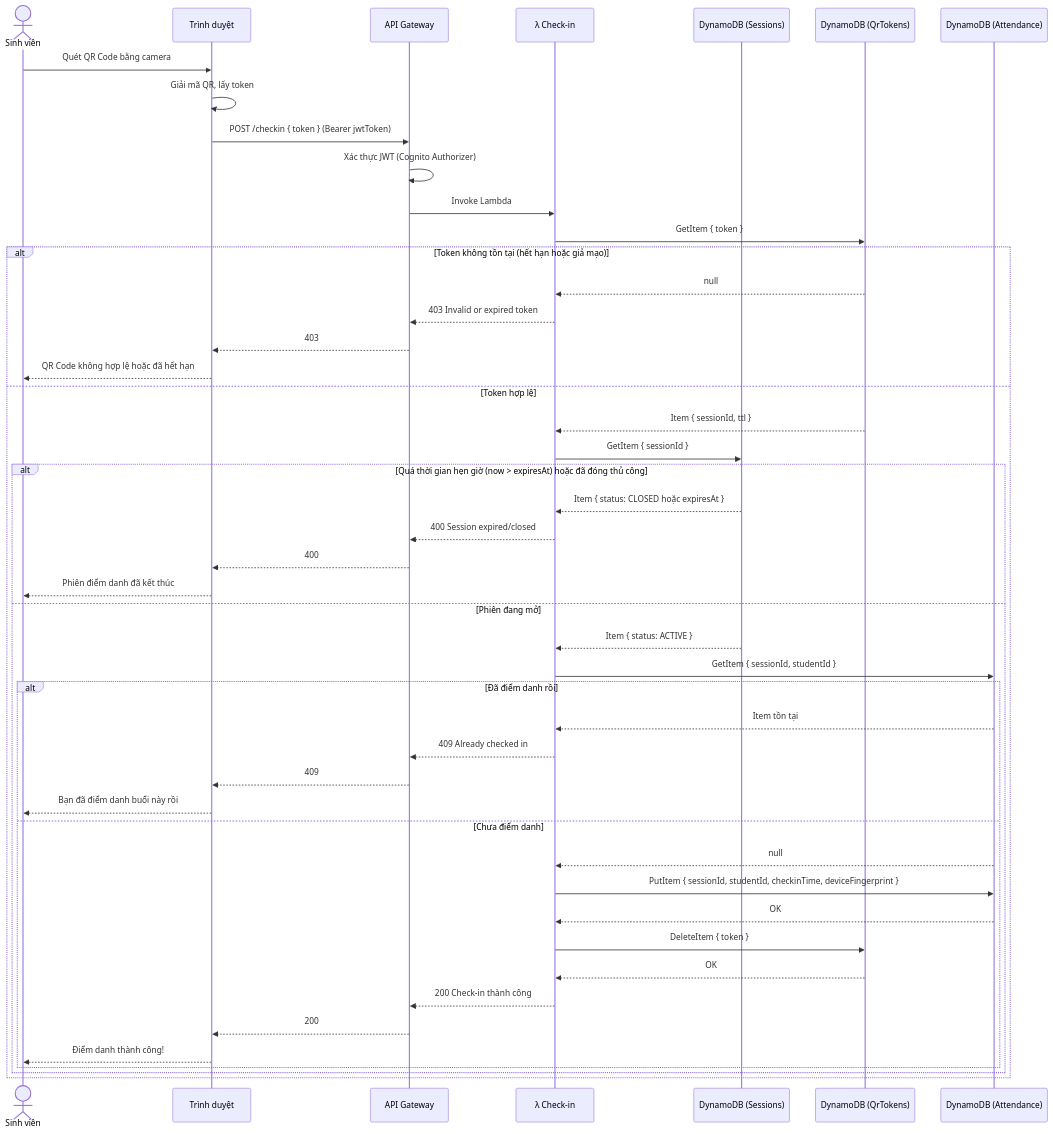
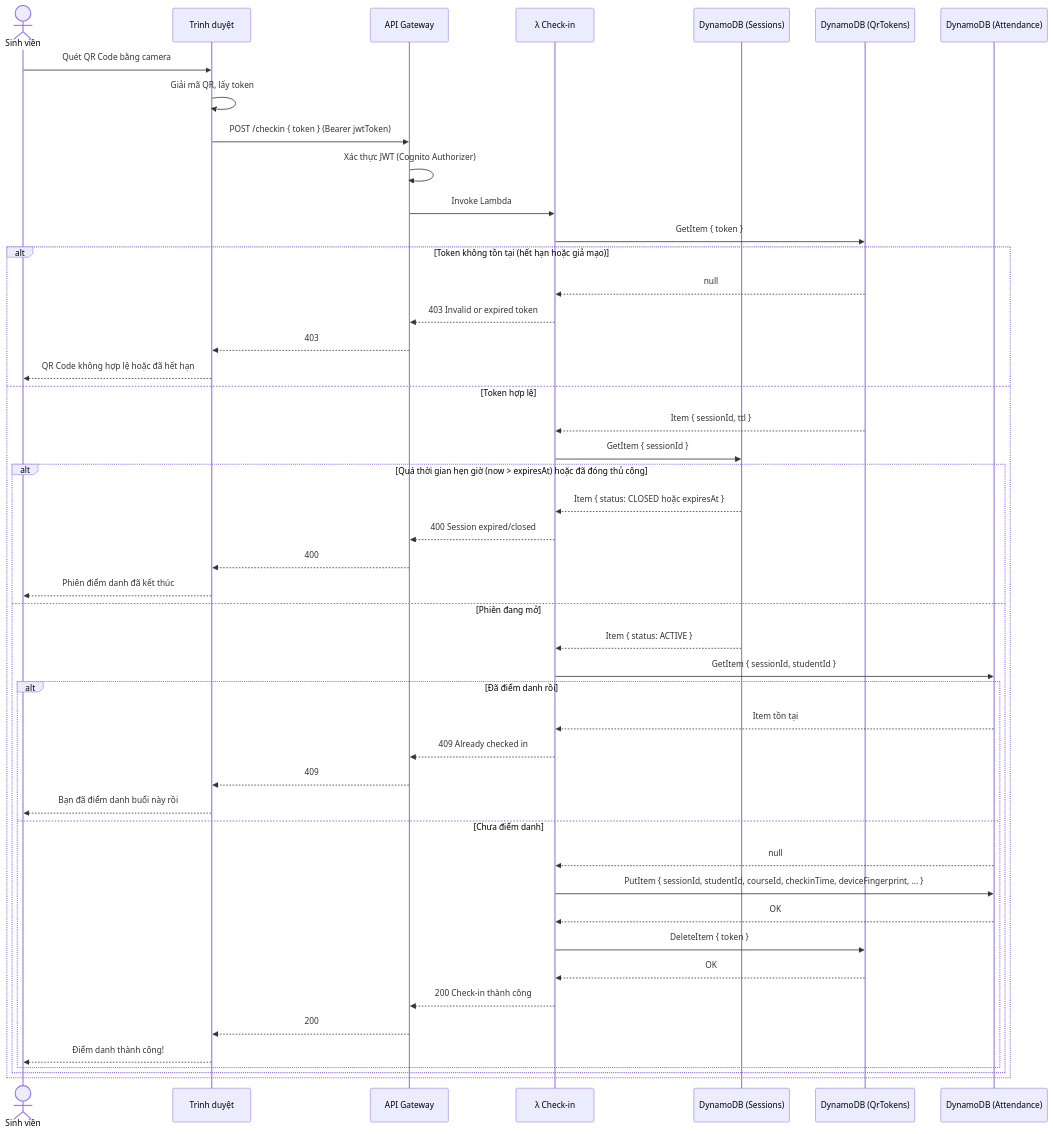
One commit to kentdoan/qr-attendance changed the seventh of 13 diagrams in docs/SRS.md. Above: the diagram before and after it, drawn with Mermaid. The commit also changed other lines of this file and 63 other files, not shown here.

````diff
--- a/docs/SRS.md
+++ b/docs/SRS.md
@@ -234,57 +265,57 @@
 ```mermaid
 sequenceDiagram
     actor SV as Sinh viên
     participant APP as Trình duyệt
     participant APIGW as API Gateway
     participant Checkin as λ Check-in
     participant SessionDB as DynamoDB (Sessions)
     participant TokenDB as DynamoDB (QrTokens)
     participant AttendDB as DynamoDB (Attendance)
 
     SV->>APP: Quét QR Code bằng camera
     APP->>APP: Giải mã QR, lấy token
     APP->>APIGW: POST /checkin { token } (Bearer jwtToken)
     APIGW->>APIGW: Xác thực JWT (Cognito Authorizer)
     APIGW->>Checkin: Invoke Lambda
 
     Checkin->>TokenDB: GetItem { token }
 
     alt Token không tồn tại (hết hạn hoặc giả mạo)
         TokenDB-->>Checkin: null
         Checkin-->>APIGW: 403 Invalid or expired token
         APIGW-->>APP: 403
         APP-->>SV: QR Code không hợp lệ hoặc đã hết hạn
 
     else Token hợp lệ
         TokenDB-->>Checkin: Item { sessionId, ttl }
         Checkin->>SessionDB: GetItem { sessionId }
         
         alt Quá thời gian hẹn giờ (now > expiresAt) hoặc đã đóng thủ công
             SessionDB-->>Checkin: Item { status: CLOSED hoặc expiresAt }
             Checkin-->>APIGW: 400 Session expired/closed
             APIGW-->>APP: 400
             APP-->>SV: Phiên điểm danh đã kết thúc
             
         else Phiên đang mở
             SessionDB-->>Checkin: Item { status: ACTIVE }
             Checkin->>AttendDB: GetItem { sessionId, studentId }
 
             alt Đã điểm danh rồi
                 AttendDB-->>Checkin: Item tồn tại
                 Checkin-->>APIGW: 409 Already checked in
                 APIGW-->>APP: 409
                 APP-->>SV: Bạn đã điểm danh buổi này rồi
 
             else Chưa điểm danh
                 AttendDB-->>Checkin: null
-                Checkin->>AttendDB: PutItem { sessionId, studentId, checkinTime, deviceFingerprint }
+                Checkin->>AttendDB: PutItem { sessionId, studentId, courseId, checkinTime, deviceFingerprint, ... }
                 AttendDB-->>Checkin: OK
                 Checkin->>TokenDB: DeleteItem { token }
                 TokenDB-->>Checkin: OK
                 Checkin-->>APIGW: 200 Check-in thành công
                 APIGW-->>APP: 200
                 APP-->>SV: Điểm danh thành công!
             end
         end
     end
 ```
````
